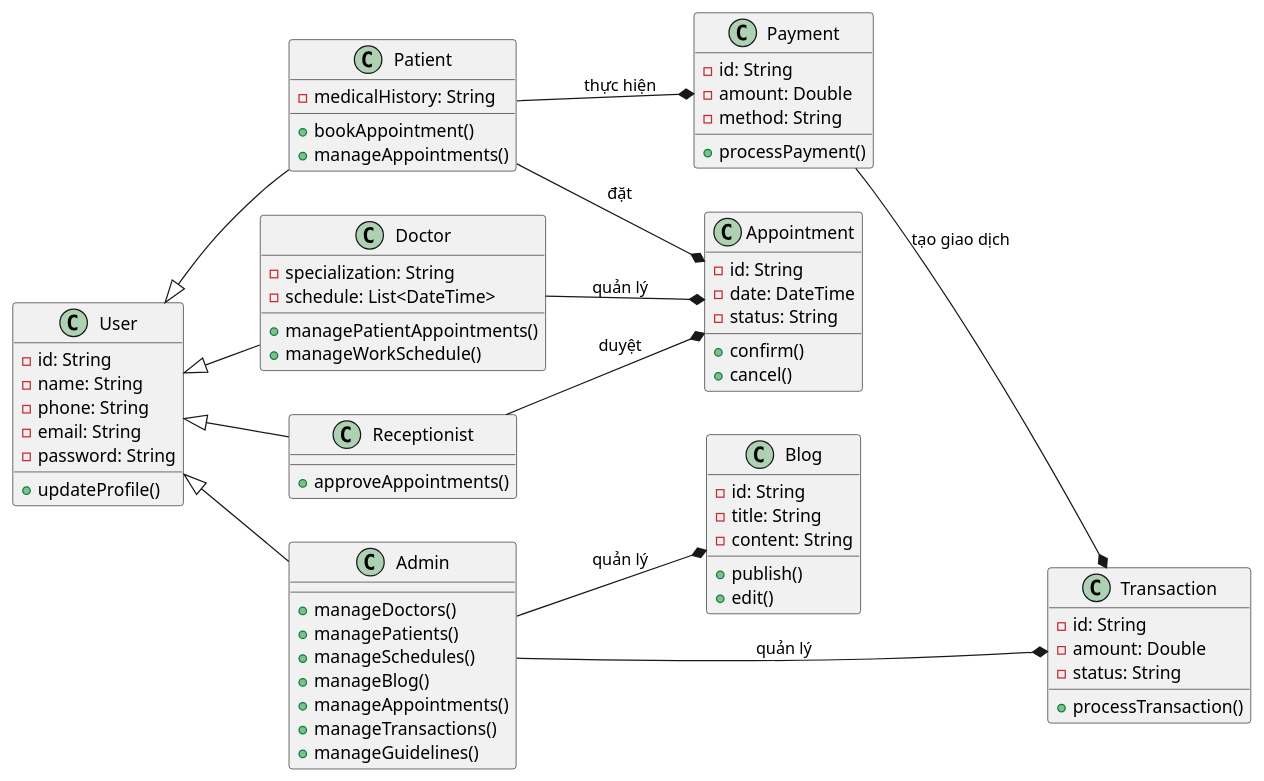
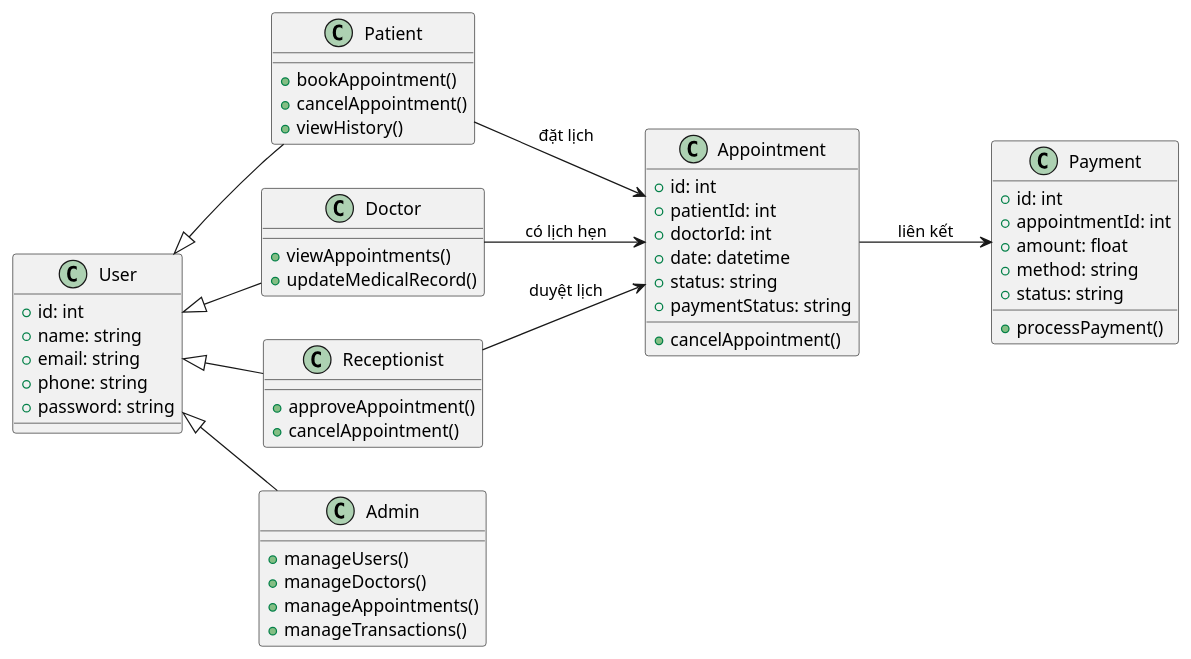
Before and after one commit to KhoaSinno/figma_HOMEX: the diagram in Diagram_PlantUML/ClassDia/ClassDiagram.puml, drawn with PlantUML. The commit also changed 2 other files, not shown here.

```diff
--- a/Diagram_PlantUML/ClassDia/ClassDiagram.puml
+++ b/Diagram_PlantUML/ClassDia/ClassDiagram.puml
@@ -1,81 +1,63 @@
-@startUml ChatGPT gen Raw data
+@startuml
 left to right direction
 
+class Appointment {
+  +id: int
+  +patientId: int
+  +doctorId: int
+  +date: datetime
+  +status: string
+  +paymentStatus: string
+  +cancelAppointment()
+}
+
+class Payment {
+  +id: int
+  +appointmentId: int
+  +amount: float
+  +method: string
+  +status: string
+  +processPayment()
+}
+
 class User {
-  - id: String
-  - name: String
-  - phone: String
-  - email: String
-  - password: String
-  + updateProfile()
+  +id: int
+  +name: string
+  +email: string
+  +phone: string
+  +password: string
 }
 
 class Patient {
-  - medicalHistory: String
-  + bookAppointment()
-  + manageAppointments()
+  +bookAppointment()
+  +cancelAppointment()
+  +viewHistory()
 }
 
 class Doctor {
-  - specialization: String
-  - schedule: List<DateTime>
-  + managePatientAppointments()
-  + manageWorkSchedule()
+  +viewAppointments()
+  +updateMedicalRecord()
 }
 
 class Receptionist {
-  + approveAppointments()
+  +approveAppointment()
+  +cancelAppointment()
 }
 
 class Admin {
-  + manageDoctors()
-  + managePatients()
-  + manageSchedules()
-  + manageBlog()
-  + manageAppointments()
-  + manageTransactions()
-  + manageGuidelines()
-}
-
-class Appointment {
-  - id: String
-  - date: DateTime
-  - status: String
-  + confirm()
-  + cancel()
-}
-
-class Payment {
-  - id: String
-  - amount: Double
-  - method: String
-  + processPayment()
-}
-
-class Blog {
-  - id: String
-  - title: String
-  - content: String
-  + publish()
-  + edit()
-}
-
-class Transaction {
-  - id: String
-  - amount: Double
-  - status: String
-  + processTransaction()
+  +manageUsers()
+  +manageDoctors()
+  +manageAppointments()
+  +manageTransactions()
 }
 
 User <|-- Patient
 User <|-- Doctor
 User <|-- Receptionist
 User <|-- Admin
-Patient --* Appointment : đặt
-Doctor --* Appointment : quản lý
-Receptionist --* Appointment : duyệt
-Patient --* Payment : thực hiện
-Payment --* Transaction : tạo giao dịch
-Admin --* Blog : quản lý
-Admin --* Transaction : quản lý
-@endUml
+
+Patient --> Appointment : "đặt lịch"
+Doctor --> Appointment : "có lịch hẹn"
+Receptionist --> Appointment : "duyệt lịch"
+Appointment --> Payment : "liên kết"
+@enduml
```
